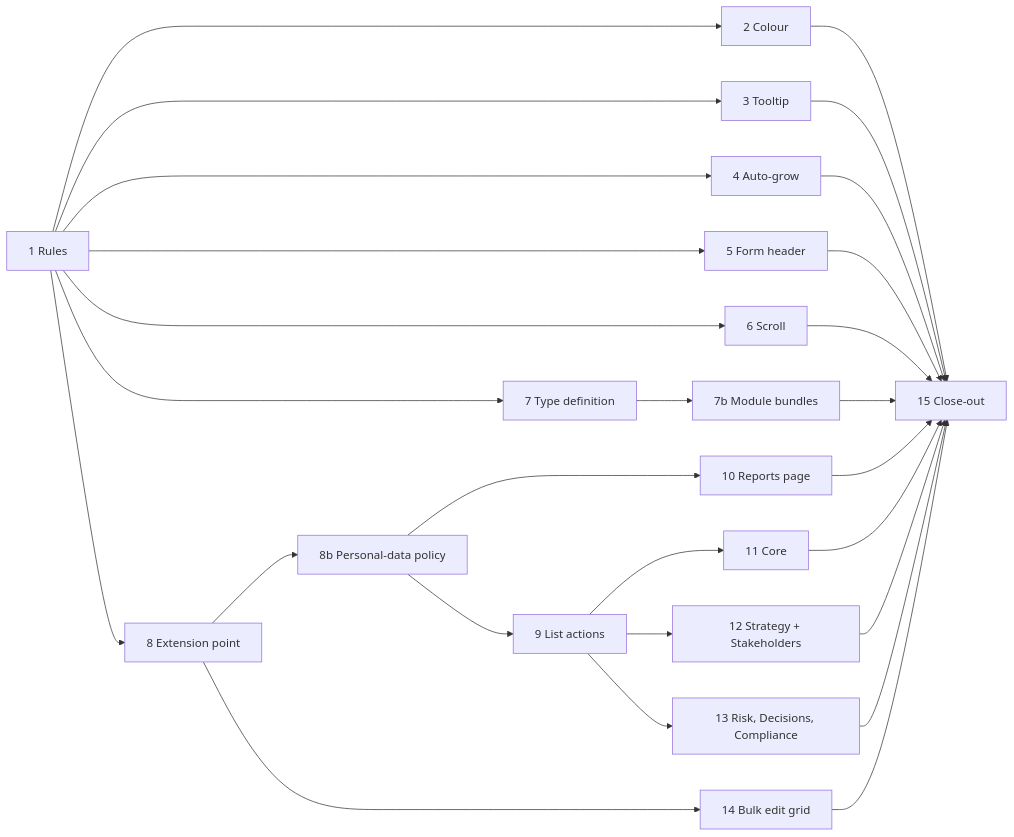
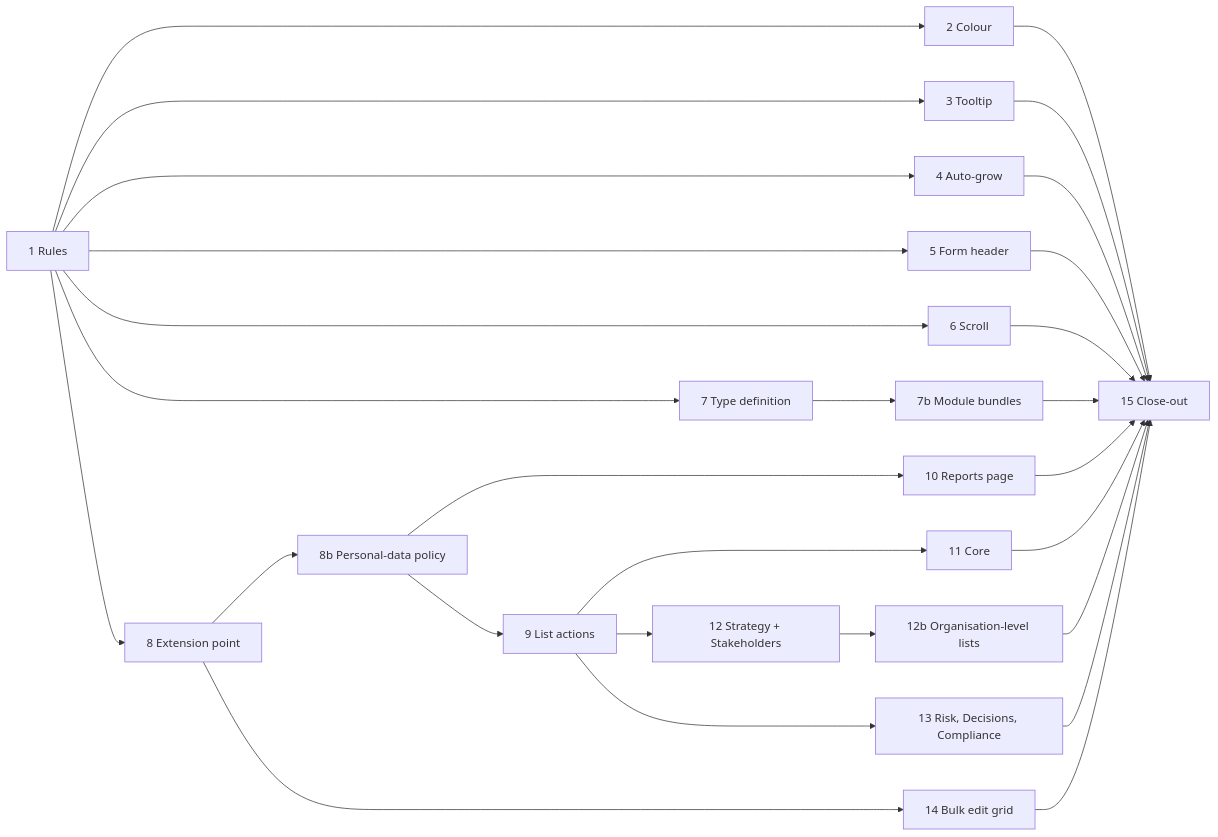
One commit to ballardr/reqtrackmanager changed the first of 2 diagrams in docs/plans/list-data-and-form-ux-2026-10-plan.md. Above: the diagram before and after it, drawn with Mermaid. The commit also changed other lines of this file and 57 other files, not shown here.

````diff
--- a/docs/plans/list-data-and-form-ux-2026-10-plan.md
+++ b/docs/plans/list-data-and-form-ux-2026-10-plan.md
@@ -31,29 +32,30 @@
 ```mermaid
 flowchart LR
     P1["1 Rules"] --> P2["2 Colour"]
     P1 --> P3["3 Tooltip"]
     P1 --> P4["4 Auto-grow"]
     P1 --> P5["5 Form header"]
     P1 --> P6["6 Scroll"]
     P1 --> P7["7 Type definition"]
     P7 --> P7b["7b Module bundles"]
     P1 --> P8["8 Extension point"]
     P8 --> P8b["8b Personal-data policy"]
     P8b --> P9["9 List actions"]
     P8b --> P10["10 Reports page"]
     P9 --> P11["11 Core"]
     P9 --> P12["12 Strategy + Stakeholders"]
+    P12 --> P12b["12b Organisation-level lists"]
     P9 --> P13["13 Risk, Decisions, Compliance"]
     P8 --> P14["14 Bulk edit grid"]
     P2 --> P15["15 Close-out"]
     P3 --> P15
     P4 --> P15
     P5 --> P15
     P6 --> P15
     P7b --> P15
     P10 --> P15
     P11 --> P15
-    P12 --> P15
+    P12b --> P15
     P13 --> P15
     P14 --> P15
 ```
````
